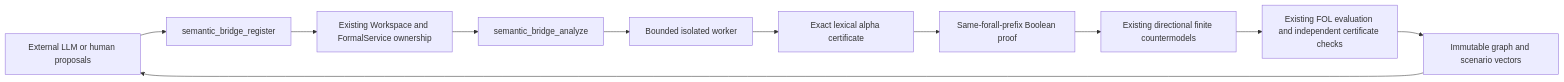
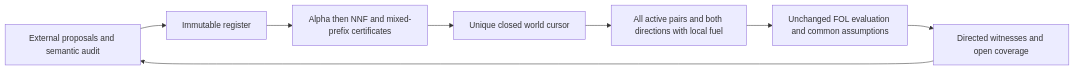
The third of 3 diagrams in ARCHITECTURE.md (catman77/LivingMath), drawn with Mermaid before and after one commit. The commit also changed other lines of this file and 42 other files, not shown here.

Commit message:
Certify mixed-prefix relations and fairly bound Semantic Bridge research

````diff
--- a/ARCHITECTURE.md
+++ b/ARCHITECTURE.md
@@ -381,13 +384,10 @@
 ```mermaid
 flowchart LR
-    Client[External LLM or human proposals] --> Register[semantic_bridge_register]
-    Register --> Store[Existing Workspace and FormalService ownership]
-    Store --> Analyze[semantic_bridge_analyze]
-    Analyze --> Worker[Bounded isolated worker]
-    Worker --> Alpha[Exact lexical alpha certificate]
-    Alpha --> Boolean[Same-forall-prefix Boolean proof]
-    Boolean --> Finite[Existing directional finite countermodels]
-    Finite --> Checks[Existing FOL evaluation and independent certificate checks]
-    Checks --> Receipt[Immutable graph and scenario vectors]
+    Client[External proposals and semantic audit] --> Register[Immutable register]
+    Register --> Proof[Alpha then NNF and mixed-prefix certificates]
+    Proof --> Cursor[Unique closed world cursor]
+    Cursor --> Shares[All active pairs and both directions with local fuel]
+    Shares --> FOL[Unchanged FOL evaluation and common assumptions]
+    FOL --> Receipt[Directed witnesses and open coverage]
     Receipt --> Client
 ```
````
